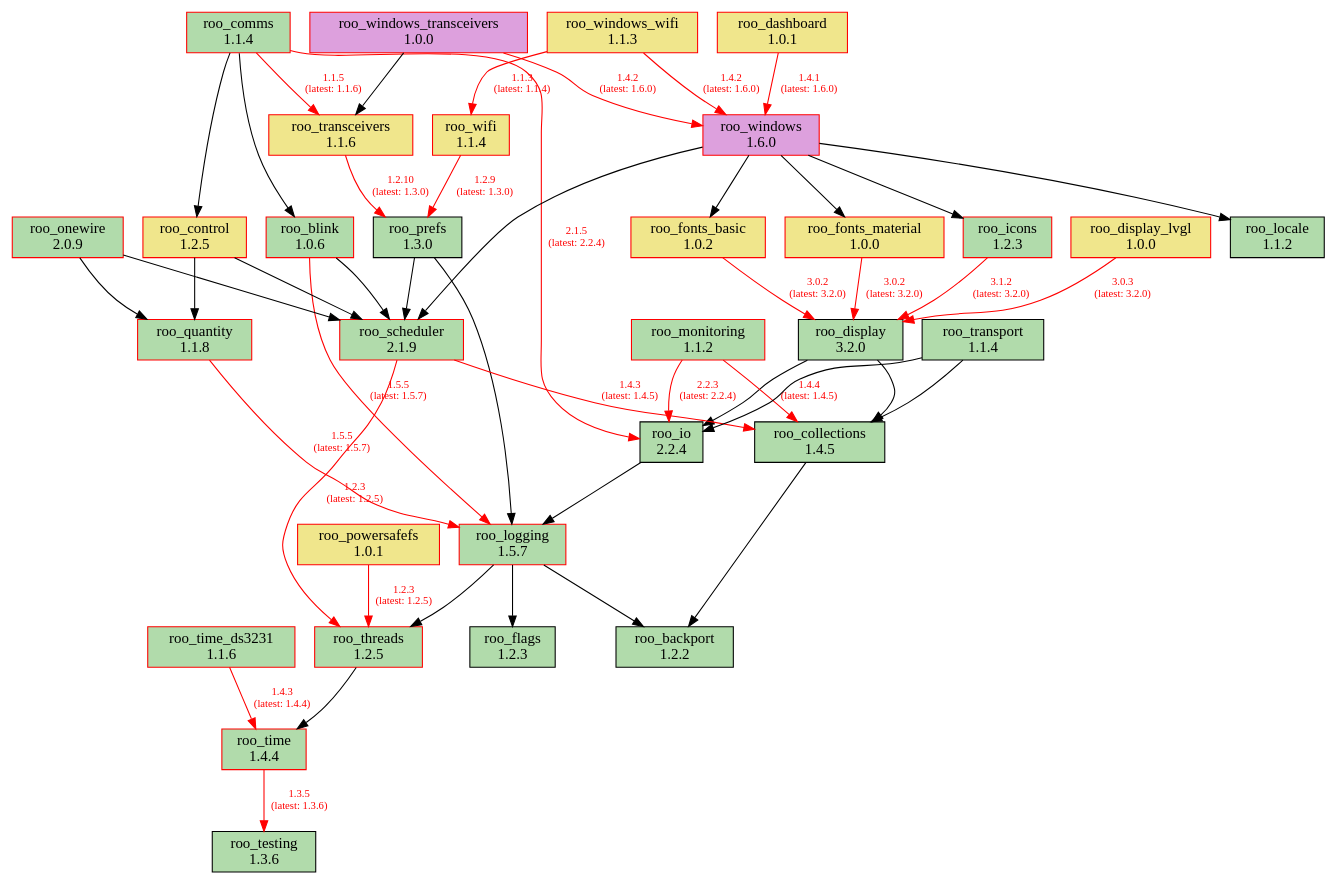
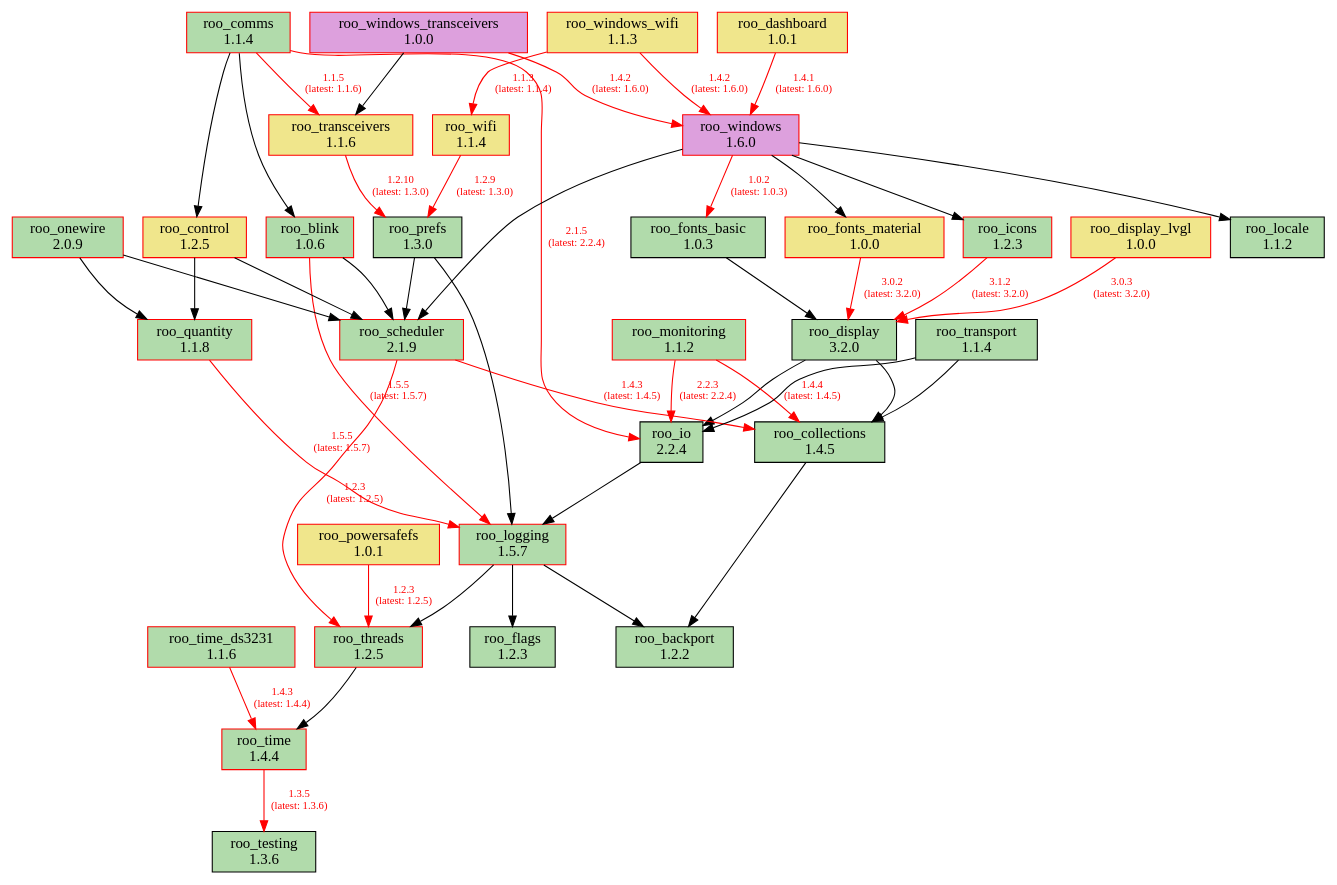
One commit to dejwk/roo-registry changed the diagram in doc/dependencies.dot. Above: the diagram before and after it, drawn with Graphviz. The commit also changed 3 other files, not shown here.

Commit message:
Added roo_fonts_basic 1.0.3 to the registry.

```diff
--- a/doc/dependencies.dot
+++ b/doc/dependencies.dot
@@ -1,86 +1,86 @@
 digraph dependencies {
     rankdir=TB;
     node [shape=box, style=filled];
     edge [fontsize=10];
 
     // Modules
     "roo_backport" [label="roo_backport\n1.2.2", fillcolor="#b1dbab", color="black"];
     "roo_blink" [label="roo_blink\n1.0.6", fillcolor="#b1dbab", color="red"];
     "roo_collections" [label="roo_collections\n1.4.5", fillcolor="#b1dbab", color="black"];
     "roo_comms" [label="roo_comms\n1.1.4", fillcolor="#b1dbab", color="red"];
     "roo_control" [label="roo_control\n1.2.5", fillcolor="khaki", color="red"];
     "roo_dashboard" [label="roo_dashboard\n1.0.1", fillcolor="khaki", color="red"];
     "roo_display" [label="roo_display\n3.2.0", fillcolor="#b1dbab", color="black"];
     "roo_display_lvgl" [label="roo_display_lvgl\n1.0.0", fillcolor="khaki", color="red"];
     "roo_flags" [label="roo_flags\n1.2.3", fillcolor="#b1dbab", color="black"];
-    "roo_fonts_basic" [label="roo_fonts_basic\n1.0.2", fillcolor="khaki", color="red"];
+    "roo_fonts_basic" [label="roo_fonts_basic\n1.0.3", fillcolor="#b1dbab", color="black"];
     "roo_fonts_material" [label="roo_fonts_material\n1.0.0", fillcolor="khaki", color="red"];
     "roo_icons" [label="roo_icons\n1.2.3", fillcolor="#b1dbab", color="red"];
     "roo_io" [label="roo_io\n2.2.4", fillcolor="#b1dbab", color="black"];
     "roo_locale" [label="roo_locale\n1.1.2", fillcolor="#b1dbab", color="black"];
     "roo_logging" [label="roo_logging\n1.5.7", fillcolor="#b1dbab", color="red"];
     "roo_monitoring" [label="roo_monitoring\n1.1.2", fillcolor="#b1dbab", color="red"];
     "roo_onewire" [label="roo_onewire\n2.0.9", fillcolor="#b1dbab", color="red"];
     "roo_powersafefs" [label="roo_powersafefs\n1.0.1", fillcolor="khaki", color="red"];
     "roo_prefs" [label="roo_prefs\n1.3.0", fillcolor="#b1dbab", color="black"];
     "roo_quantity" [label="roo_quantity\n1.1.8", fillcolor="#b1dbab", color="red"];
     "roo_scheduler" [label="roo_scheduler\n2.1.9", fillcolor="#b1dbab", color="red"];
     "roo_testing" [label="roo_testing\n1.3.6", fillcolor="#b1dbab", color="black"];
     "roo_threads" [label="roo_threads\n1.2.5", fillcolor="#b1dbab", color="red"];
     "roo_time" [label="roo_time\n1.4.4", fillcolor="#b1dbab", color="red"];
     "roo_time_ds3231" [label="roo_time_ds3231\n1.1.6", fillcolor="#b1dbab", color="red"];
     "roo_transceivers" [label="roo_transceivers\n1.1.6", fillcolor="khaki", color="red"];
     "roo_transport" [label="roo_transport\n1.1.4", fillcolor="#b1dbab", color="black"];
     "roo_wifi" [label="roo_wifi\n1.1.4", fillcolor="khaki", color="red"];
     "roo_windows" [label="roo_windows\n1.6.0", fillcolor="plum", color="red"];
     "roo_windows_transceivers" [label="roo_windows_transceivers\n1.0.0", fillcolor="plum", color="red"];
     "roo_windows_wifi" [label="roo_windows_wifi\n1.1.3", fillcolor="khaki", color="red"];
 
     // Dependencies
     "roo_blink" -> "roo_logging" [color=red, fontcolor=red, label="1.5.5\n(latest: 1.5.7)"];
     "roo_blink" -> "roo_scheduler";
     "roo_collections" -> "roo_backport";
     "roo_comms" -> "roo_blink";
     "roo_comms" -> "roo_control";
     "roo_comms" -> "roo_io" [color=red, fontcolor=red, label="2.1.5\n(latest: 2.2.4)"];
     "roo_comms" -> "roo_transceivers" [color=red, fontcolor=red, label="1.1.5\n(latest: 1.1.6)"];
     "roo_control" -> "roo_quantity";
     "roo_control" -> "roo_scheduler";
     "roo_dashboard" -> "roo_windows" [color=red, fontcolor=red, label="1.4.1\n(latest: 1.6.0)"];
     "roo_display" -> "roo_collections";
     "roo_display" -> "roo_io";
     "roo_display_lvgl" -> "roo_display" [color=red, fontcolor=red, label="3.0.3\n(latest: 3.2.0)"];
-    "roo_fonts_basic" -> "roo_display" [color=red, fontcolor=red, label="3.0.2\n(latest: 3.2.0)"];
+    "roo_fonts_basic" -> "roo_display";
     "roo_fonts_material" -> "roo_display" [color=red, fontcolor=red, label="3.0.2\n(latest: 3.2.0)"];
     "roo_icons" -> "roo_display" [color=red, fontcolor=red, label="3.1.2\n(latest: 3.2.0)"];
     "roo_io" -> "roo_logging";
     "roo_logging" -> "roo_backport";
     "roo_logging" -> "roo_flags";
     "roo_logging" -> "roo_threads";
     "roo_monitoring" -> "roo_collections" [color=red, fontcolor=red, label="1.4.4\n(latest: 1.4.5)"];
     "roo_monitoring" -> "roo_io" [color=red, fontcolor=red, label="2.2.3\n(latest: 2.2.4)"];
     "roo_onewire" -> "roo_scheduler";
     "roo_onewire" -> "roo_quantity";
     "roo_powersafefs" -> "roo_threads" [color=red, fontcolor=red, label="1.2.3\n(latest: 1.2.5)"];
     "roo_prefs" -> "roo_logging";
     "roo_prefs" -> "roo_scheduler";
     "roo_quantity" -> "roo_logging" [color=red, fontcolor=red, label="1.5.5\n(latest: 1.5.7)"];
     "roo_scheduler" -> "roo_collections" [color=red, fontcolor=red, label="1.4.3\n(latest: 1.4.5)"];
     "roo_scheduler" -> "roo_threads" [color=red, fontcolor=red, label="1.2.3\n(latest: 1.2.5)"];
     "roo_threads" -> "roo_time";
     "roo_time" -> "roo_testing" [color=red, fontcolor=red, label="1.3.5\n(latest: 1.3.6)"];
     "roo_time_ds3231" -> "roo_time" [color=red, fontcolor=red, label="1.4.3\n(latest: 1.4.4)"];
     "roo_transceivers" -> "roo_prefs" [color=red, fontcolor=red, label="1.2.10\n(latest: 1.3.0)"];
     "roo_transport" -> "roo_collections";
     "roo_transport" -> "roo_io";
     "roo_wifi" -> "roo_prefs" [color=red, fontcolor=red, label="1.2.9\n(latest: 1.3.0)"];
-    "roo_windows" -> "roo_fonts_basic";
+    "roo_windows" -> "roo_fonts_basic" [color=red, fontcolor=red, label="1.0.2\n(latest: 1.0.3)"];
     "roo_windows" -> "roo_fonts_material";
     "roo_windows" -> "roo_locale";
     "roo_windows" -> "roo_icons";
     "roo_windows" -> "roo_scheduler";
     "roo_windows_transceivers" -> "roo_transceivers";
     "roo_windows_transceivers" -> "roo_windows" [color=red, fontcolor=red, label="1.4.2\n(latest: 1.6.0)"];
     "roo_windows_wifi" -> "roo_wifi" [color=red, fontcolor=red, label="1.1.3\n(latest: 1.1.4)"];
     "roo_windows_wifi" -> "roo_windows" [color=red, fontcolor=red, label="1.4.2\n(latest: 1.6.0)"];
 }
```
